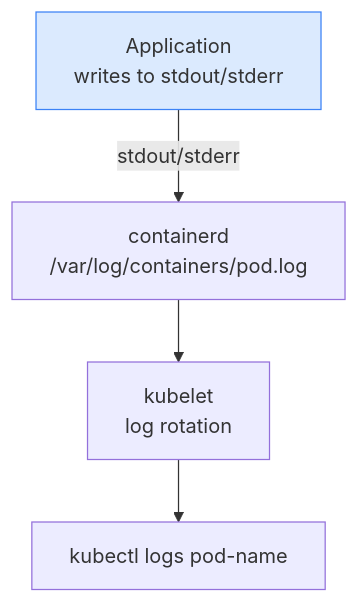
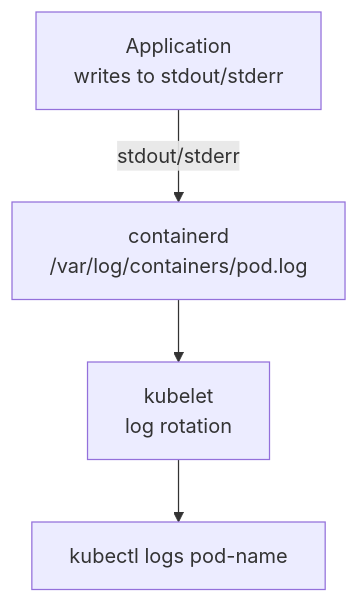
Before and after one commit to Gautam4424/k8slearn-content: the fourth of 6 diagrams in content/cka/10-logging-monitoring/overview/overview.md, drawn with Mermaid. The commit also changed other lines of this file and 40 other files, not shown here.

Commit message:
chore: fix mermaid style regex

````diff
--- a/content/cka/10-logging-monitoring/overview/overview.md
+++ b/content/cka/10-logging-monitoring/overview/overview.md
@@ -134,9 +129,8 @@
 ```mermaid
 flowchart TD
     APP["Application\nwrites to stdout/stderr"]
     RT["containerd\n/var/log/containers/pod.log"]
     KL["kubelet\nlog rotation"]
     CMD["kubectl logs pod-name"]
     APP -->|stdout/stderr| RT --> KL --> CMD
-    style APP fill:#dbeafe,stroke:#3b82f6
 ```
````
